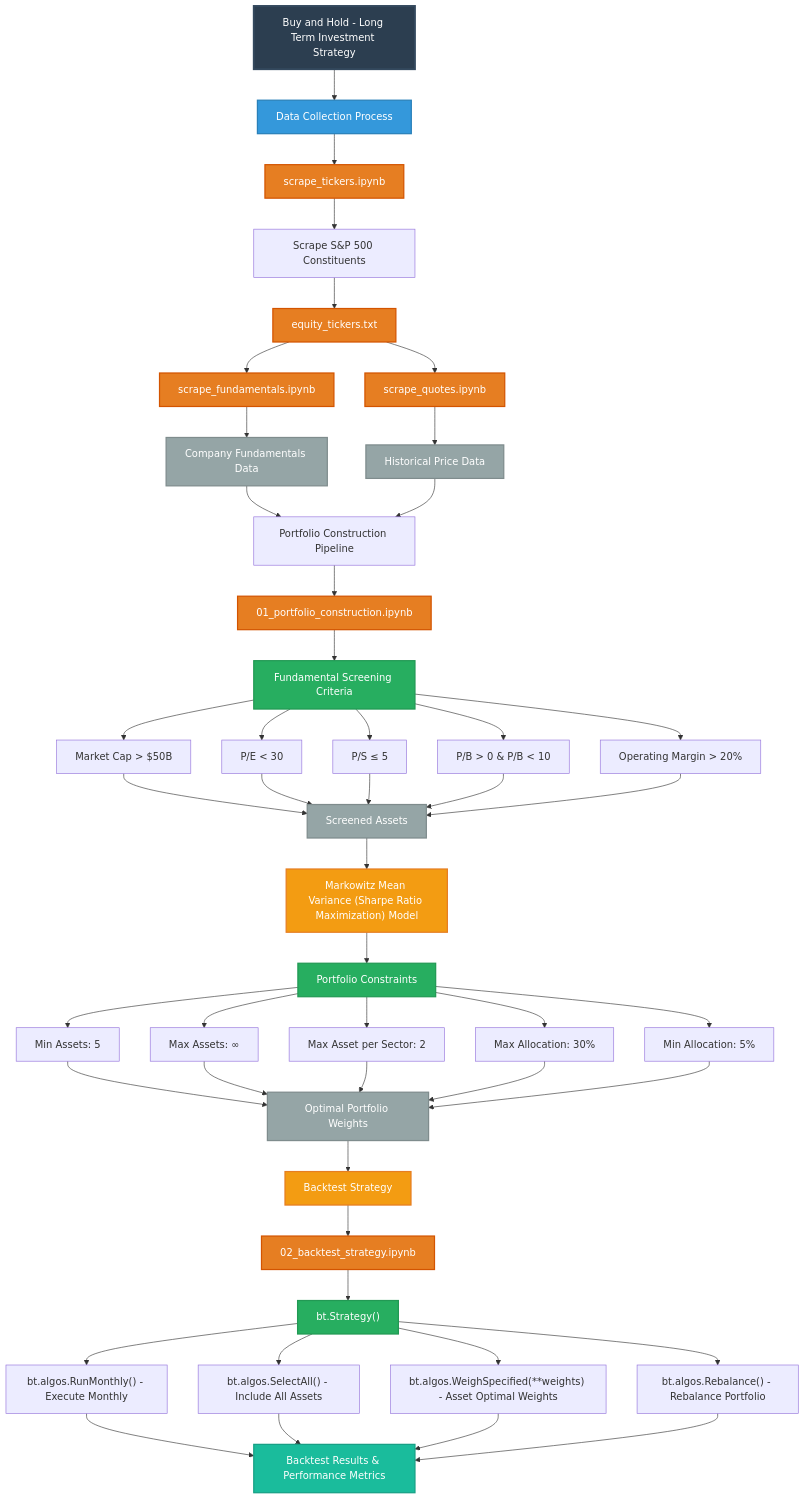
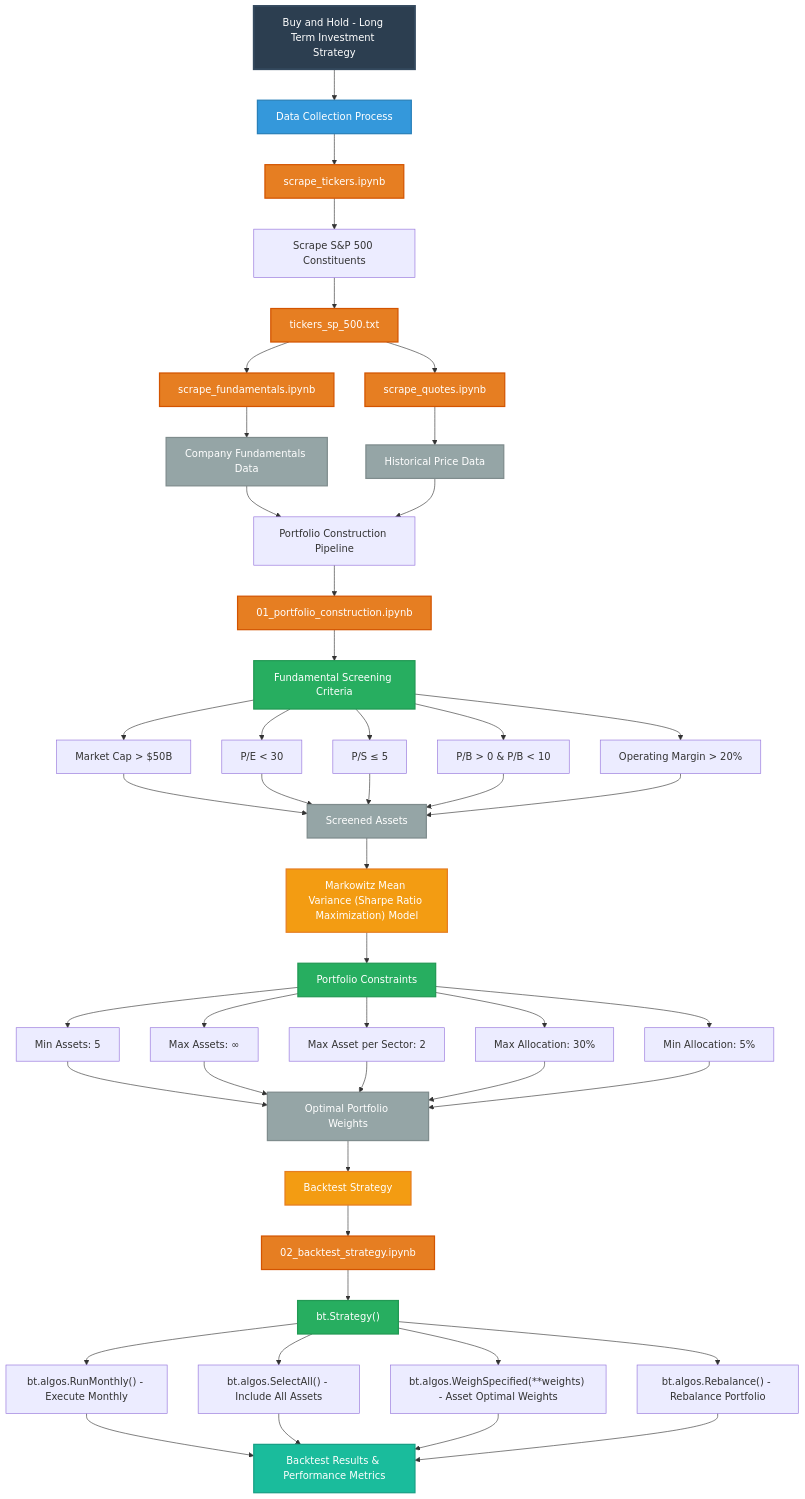
The diagram in README.md (renan-peres/mfin-algo-trading-team), drawn with Mermaid before and after one commit. The commit also changed 4 other files, not shown here.

```diff
--- a/README.md
+++ b/README.md
@@ -11,7 +11,7 @@
     Title --> A[Data Collection Process]
     A --> B[scrape_tickers.ipynb]
     B --> B1[Scrape S&P 500 Constituents]
-    B1 --> B2[equity_tickers.txt]
+    B1 --> B2[tickers_sp_500.txt]
     
     %% Parallel Data Scraping
     B2 --> C1[scrape_fundamentals.ipynb]
```
